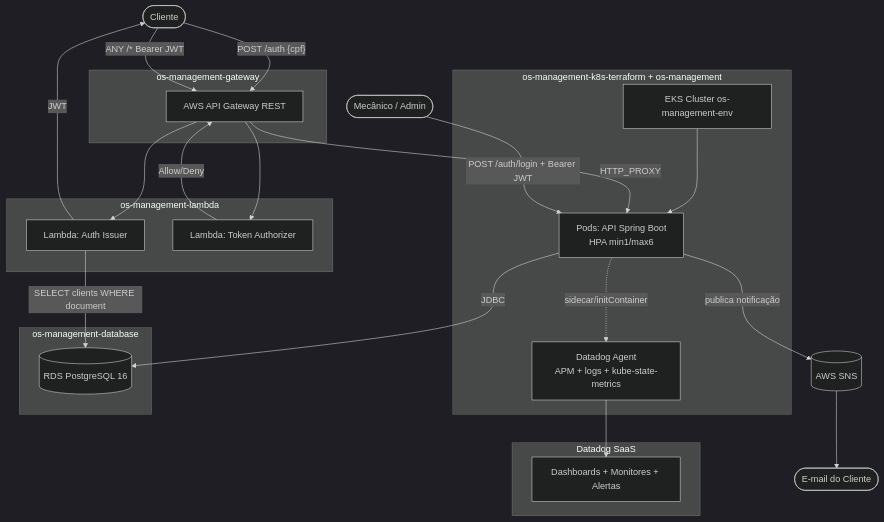
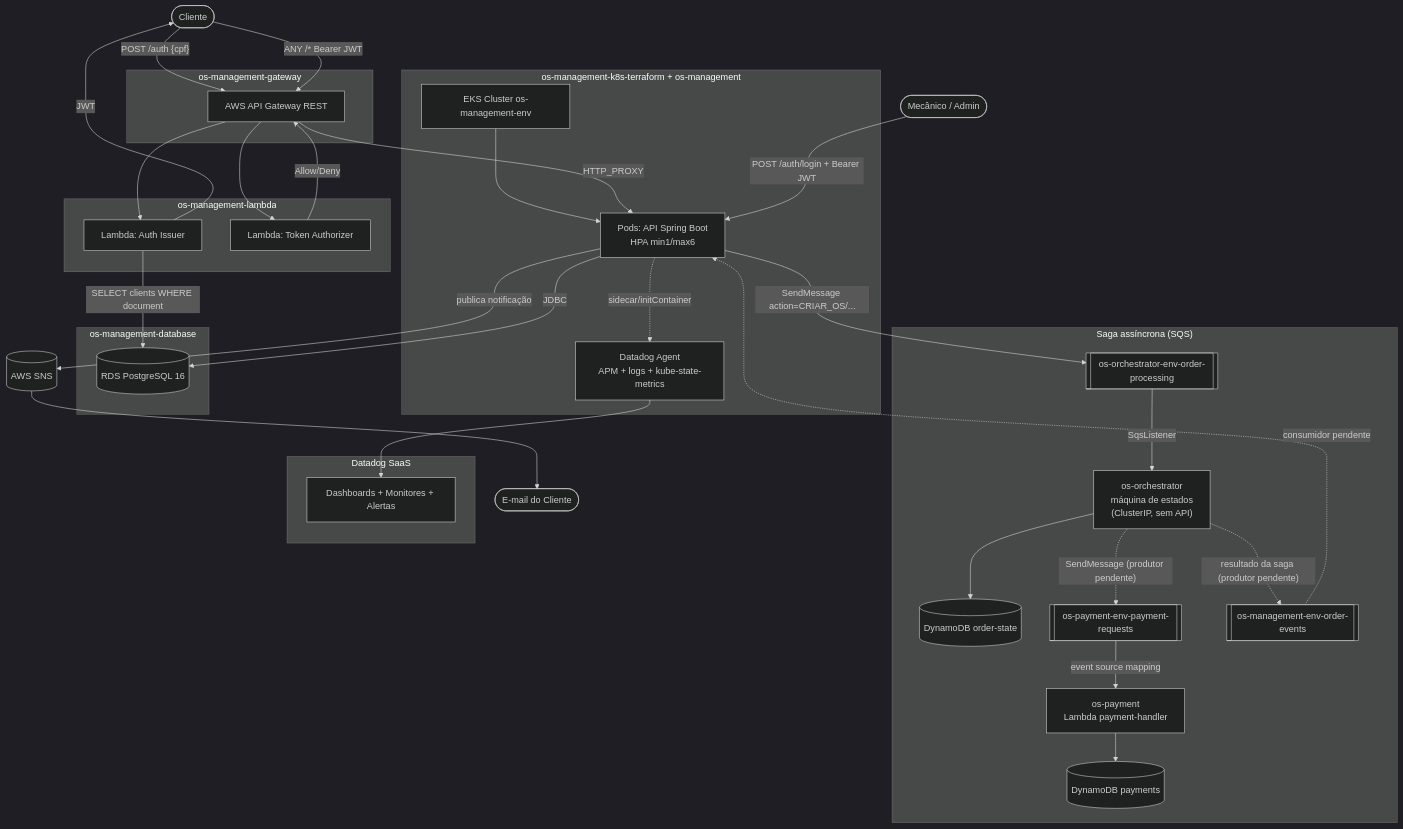
Before and after one commit to TechChallenge-Software-Architetute/os-management: the first of 6 diagrams in docs/architecture.md, drawn with Mermaid (dark theme). The commit also changed other lines of this file and 3 other files, not shown here.

First line of the commit message:
docs: ADR-0005 (saga assíncrona via SQS) e atualização da arquitetura

````diff
--- a/docs/architecture.md
+++ b/docs/architecture.md
@@ -15,47 +18,66 @@
 ```mermaid
 flowchart TB
     cliente([Cliente])
     staff([Mecânico / Admin])
 
     subgraph GW["os-management-gateway"]
         apigw[AWS API Gateway REST]
     end
 
     subgraph LAMBDA["os-management-lambda"]
         issuer[Lambda: Auth Issuer]
         authz[Lambda: Token Authorizer]
     end
 
     subgraph K8S["os-management-k8s-terraform + os-management"]
         eks[EKS Cluster os-management-env]
         app[Pods: API Spring Boot<br/>HPA min1/max6]
         dd_agent[Datadog Agent<br/>APM + logs + kube-state-metrics]
         eks --> app
         app -. sidecar/initContainer .-> dd_agent
     end
 
     subgraph DB["os-management-database"]
         rds[(RDS PostgreSQL 16)]
     end
 
+    subgraph SAGA["Saga assíncrona (SQS)"]
+        q_orch[["os-orchestrator-env-order-processing"]]
+        orch["os-orchestrator<br/>máquina de estados<br/>(ClusterIP, sem API)"]
+        state[(DynamoDB order-state)]
+        q_pay[["os-payment-env-payment-requests"]]
+        pay["os-payment<br/>Lambda payment-handler"]
+        payments[(DynamoDB payments)]
+        q_events[["os-management-env-order-events"]]
+    end
+
     subgraph OBS["Datadog SaaS"]
         dash[Dashboards + Monitores + Alertas]
     end
 
     cliente -- "POST /auth {cpf}" --> apigw
     apigw --> issuer
     issuer -- "SELECT clients WHERE document" --> rds
     issuer -- "JWT" --> cliente
 
     cliente -- "ANY /* Bearer JWT" --> apigw
     apigw --> authz
     authz -- Allow/Deny --> apigw
     apigw -- "HTTP_PROXY" --> app
 
     staff -- "POST /auth/login + Bearer JWT" --> app
     app -- "JDBC" --> rds
     app -- "publica notificação" --> sns[(AWS SNS)]
     sns --> emailCliente([E-mail do Cliente])
 
+    app -- "SendMessage action=CRIAR_OS/..." --> q_orch
+    q_orch -- "SqsListener" --> orch
+    orch --> state
+    orch -. "SendMessage (produtor pendente)" .-> q_pay
+    q_pay -- "event source mapping" --> pay
+    pay --> payments
+    orch -. "resultado da saga (produtor pendente)" .-> q_events
+    q_events -. "consumidor pendente" .-> app
+
     dd_agent --> dash
 ```
````
